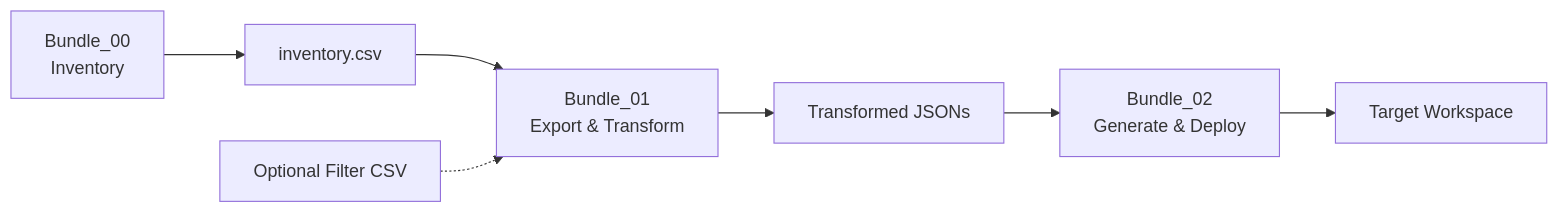
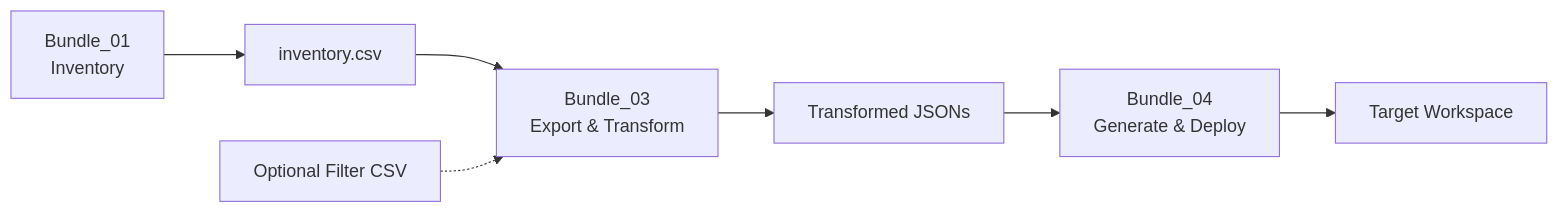
One commit to archana986/databricks-dashboard-migration changed the diagram in Bundle/README.md. Above: the diagram before and after it, drawn with Mermaid. The commit also changed other lines of this file and 17 other files, not shown here.

````diff
--- a/Bundle/README.md
+++ b/Bundle/README.md
@@ -205,10 +205,10 @@
 ```mermaid
 flowchart LR
-    A[Bundle_00<br/>Inventory] --> B[inventory.csv]
-    B --> C[Bundle_01<br/>Export & Transform]
+    A[Bundle_01<br/>Inventory] --> B[inventory.csv]
+    B --> C[Bundle_03<br/>Export & Transform]
     C --> D[Transformed JSONs]
-    D --> E[Bundle_02<br/>Generate & Deploy]
+    D --> E[Bundle_04<br/>Generate & Deploy]
     E --> F[Target Workspace]
     
     G[Optional Filter CSV] -.-> C
 ```
````
